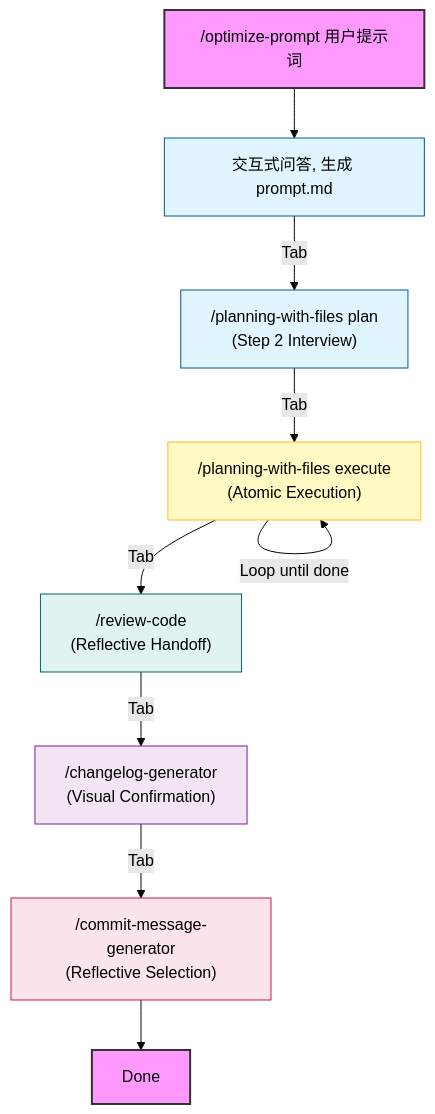
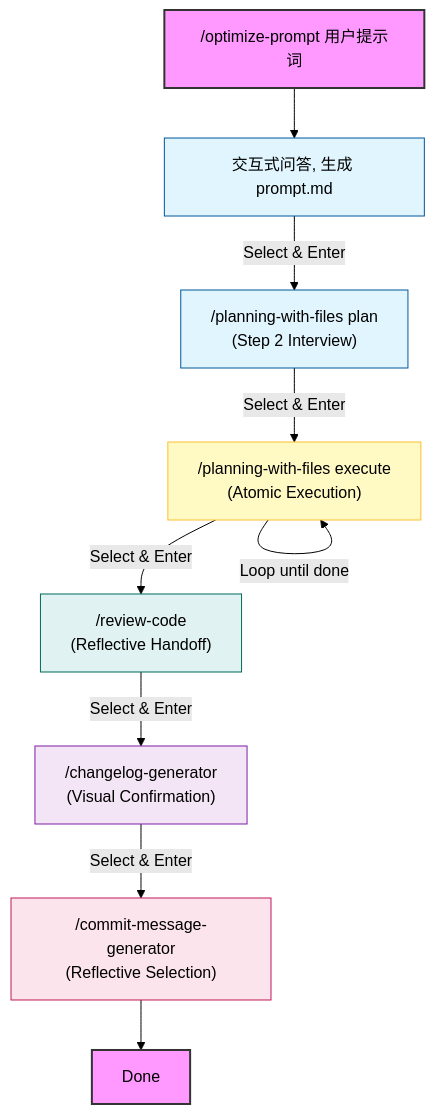
Before and after one commit to zzpwestlife/ai-flow-state: the diagram in README.md, drawn with Mermaid (forest theme). The commit also changed other lines of this file and 5 other files, not shown here.

````diff
--- a/README.md
+++ b/README.md
@@ -86,20 +86,20 @@
 ```mermaid
 graph TD
     Start["/optimize-prompt 用户提示词"] --> Optimize["交互式问答, 生成 prompt.md"]
-    Optimize -->|Tab| Plan["/planning-with-files plan<br/>(Step 2 Interview)"]
-    Plan -->|Tab| Execute["/planning-with-files execute<br/>(Atomic Execution)"]
+    Optimize -->|Select & Enter| Plan["/planning-with-files plan<br/>(Step 2 Interview)"]
+    Plan -->|Select & Enter| Execute["/planning-with-files execute<br/>(Atomic Execution)"]
     Execute -->|Loop until done| Execute
-    Execute -->|Tab| Review["/review-code<br/>(Reflective Handoff)"]
-    Review -->|Tab| Changelog["/changelog-generator<br/>(Visual Confirmation)"]
-    Changelog -->|Tab| Commit["/commit-message-generator<br/>(Reflective Selection)"]
+    Execute -->|Select & Enter| Review["/review-code<br/>(Reflective Handoff)"]
+    Review -->|Select & Enter| Changelog["/changelog-generator<br/>(Visual Confirmation)"]
+    Changelog -->|Select & Enter| Commit["/commit-message-generator<br/>(Reflective Selection)"]
     Commit --> Finish[Done]
 
     style Start fill:#f9f,stroke:#333,stroke-width:2px
     style Optimize fill:#e1f5fe,stroke:#01579b
     style Plan fill:#e1f5fe,stroke:#01579b
     style Execute fill:#fff9c4,stroke:#fbc02d
     style Review fill:#e0f2f1,stroke:#00695c
     style Changelog fill:#f3e5f5,stroke:#7b1fa2
     style Commit fill:#fce4ec,stroke:#c2185b
     style Finish fill:#f9f,stroke:#333,stroke-width:2px
 ```
````
